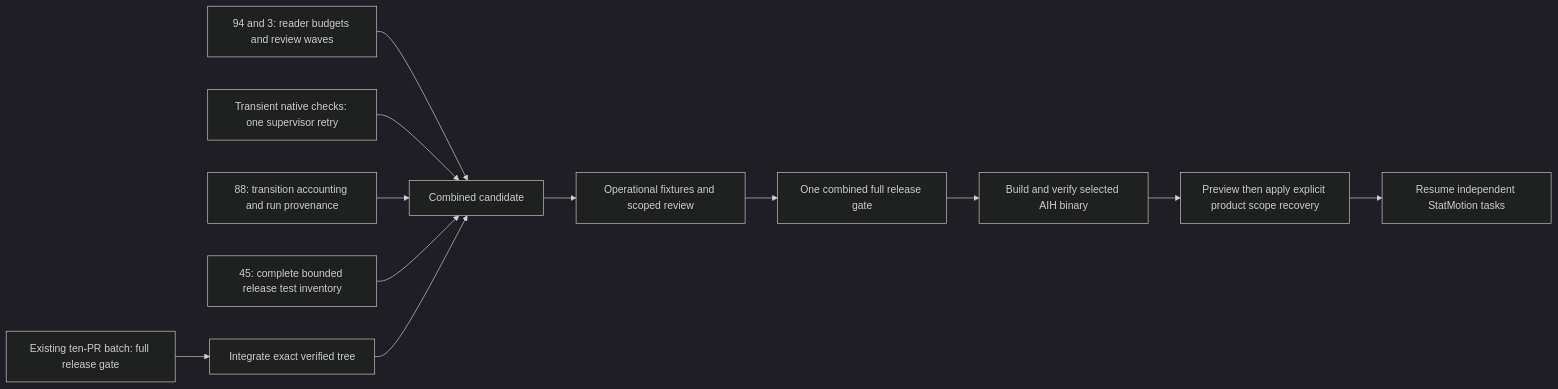
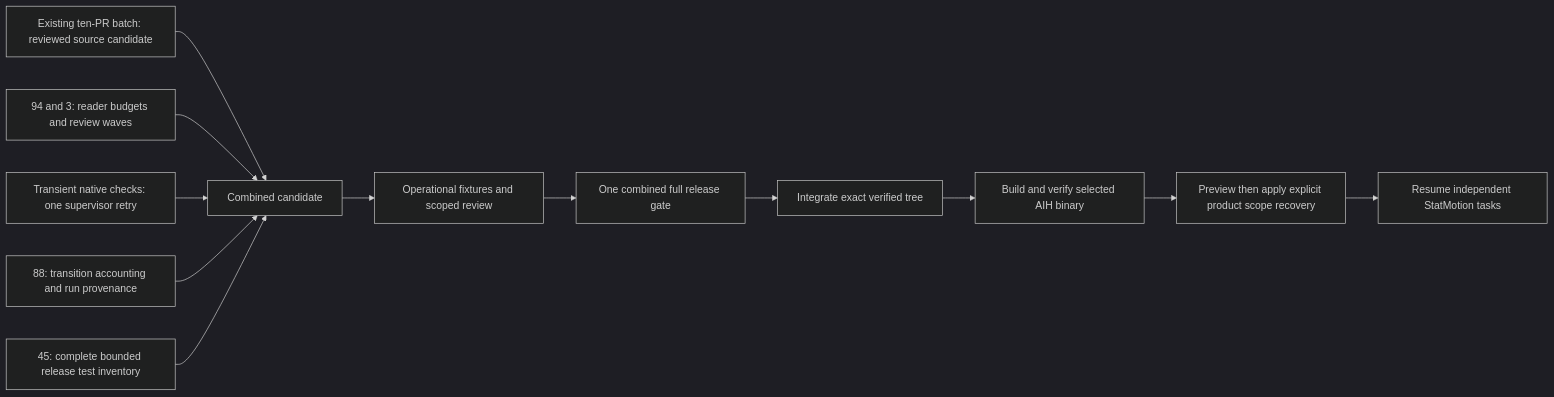
The diagram in docs/THROUGHPUT_PASS.md (nvrakesh06/ai-agentic-harness), drawn with Mermaid (dark theme) before and after one commit. The commit also changed other lines of this file, not shown here.

Commit message:
Combine pending source batch under repaired release gate

````diff
--- a/docs/THROUGHPUT_PASS.md
+++ b/docs/THROUGHPUT_PASS.md
@@ -25,14 +25,14 @@
 ```mermaid
 flowchart LR
-  B[Existing ten-PR batch: full release gate] --> I[Integrate exact verified tree]
+  B[Existing ten-PR batch: reviewed source candidate] --> C
   R[94 and 3: reader budgets and review waves] --> C[Combined candidate]
   N[Transient native checks: one supervisor retry] --> C
   M[88: transition accounting and run provenance] --> C
   T[45: complete bounded release test inventory] --> C
-  I --> C
   C --> O[Operational fixtures and scoped review]
   O --> G[One combined full release gate]
-  G --> A[Build and verify selected AIH binary]
+  G --> I[Integrate exact verified tree]
+  I --> A[Build and verify selected AIH binary]
   A --> P[Preview then apply explicit product scope recovery]
   P --> S[Resume independent StatMotion tasks]
 ```
````
